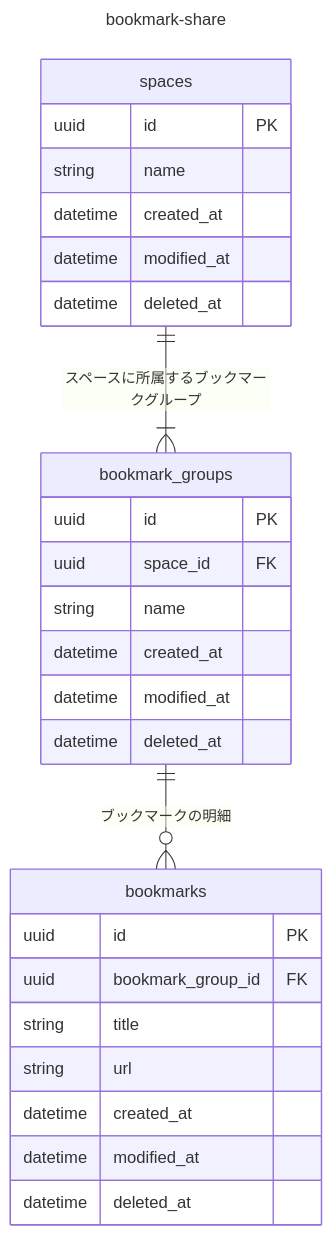
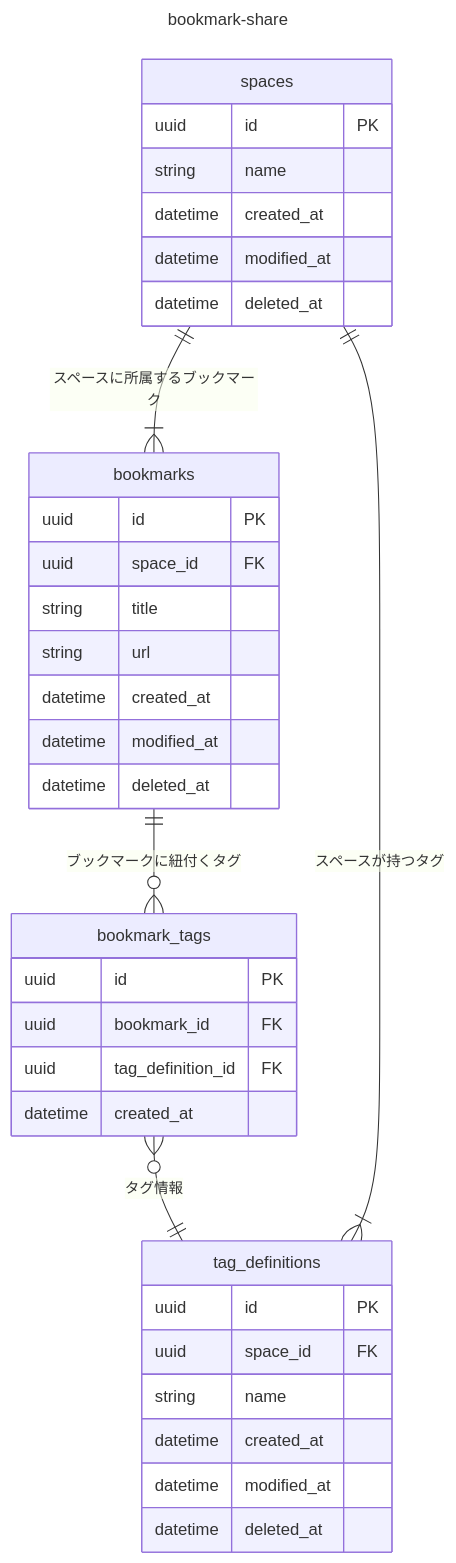
Before and after one commit to Atoyr/bookmark-share: the diagram in docs/database/er-diagram.md, drawn with Mermaid.

Commit message:
update: er

````diff
--- a/docs/database/er-diagram.md
+++ b/docs/database/er-diagram.md
@@ -5,35 +5,45 @@
 ```mermaid
 ---
 title: bookmark-share
 ---
 erDiagram
-    spaces ||--|{ bookmark_groups : スペースに所属するブックマークグループ
-    bookmark_groups ||--o{ bookmarks : ブックマークの明細
+    spaces ||--|{ bookmarks : スペースに所属するブックマーク
+    bookmark_tags }o--||tag_definitions : タグ情報
+    spaces ||--|{ tag_definitions : スペースが持つタグ
+    bookmarks ||--o{ bookmark_tags : ブックマークに紐付くタグ
+
 
     spaces {
         uuid id PK
         string name
         datetime created_at
         datetime modified_at
         datetime deleted_at
     }
 
-    bookmark_groups {
+    bookmarks {
+        uuid id PK
+        uuid space_id FK
+        string title
+        string url
+        datetime created_at
+        datetime modified_at
+        datetime deleted_at
+    }
+
+    bookmark_tags {
+        uuid id PK
+        uuid bookmark_id FK
+        uuid tag_definition_id FK
+        datetime created_at
+    }
+
+    tag_definitions {
         uuid id PK
         uuid space_id FK
         string name
         datetime created_at
         datetime modified_at
         datetime deleted_at
     }
-
-    bookmarks {
-        uuid id PK
-        uuid bookmark_group_id FK
-        string title
-        string url
-        datetime created_at
-        datetime modified_at
-        datetime deleted_at
-    }
 ```
````
